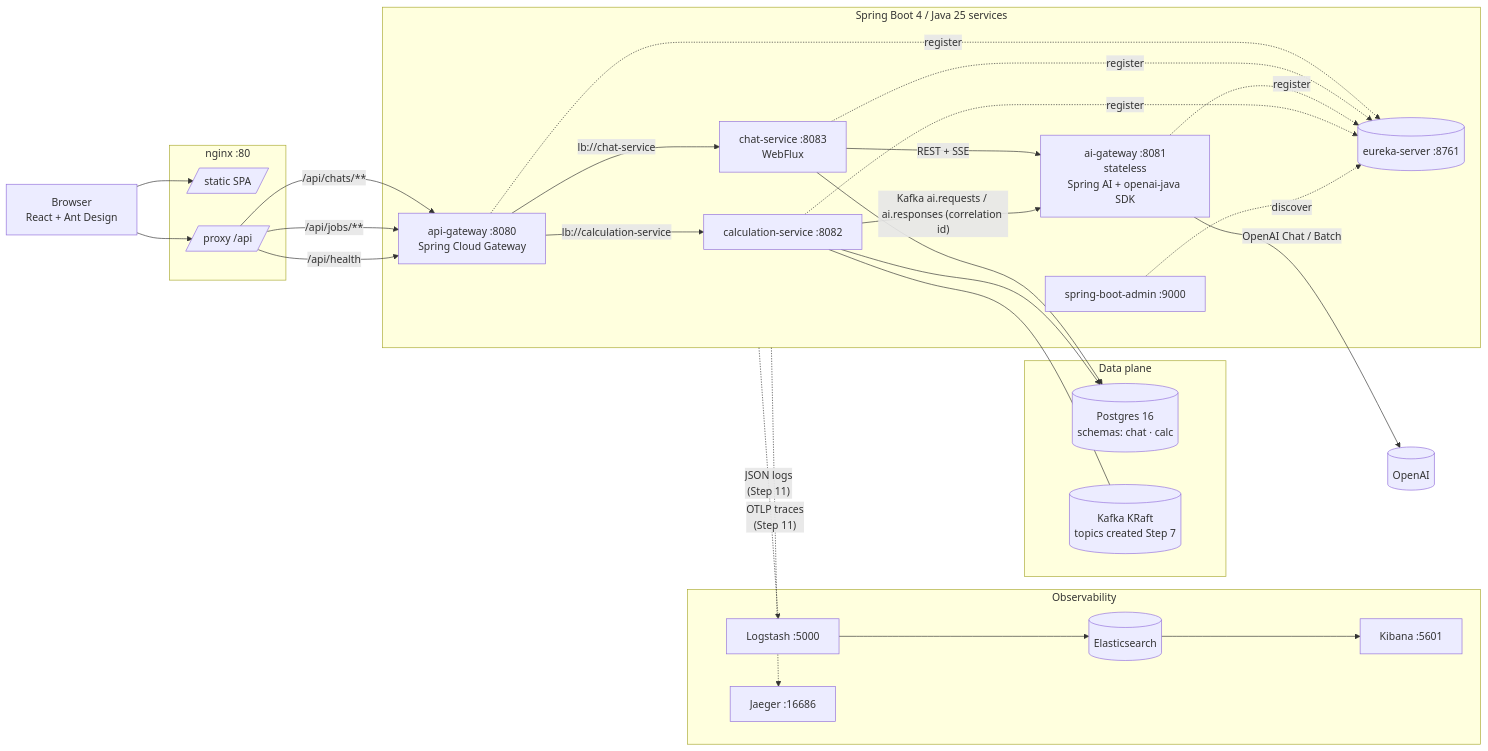
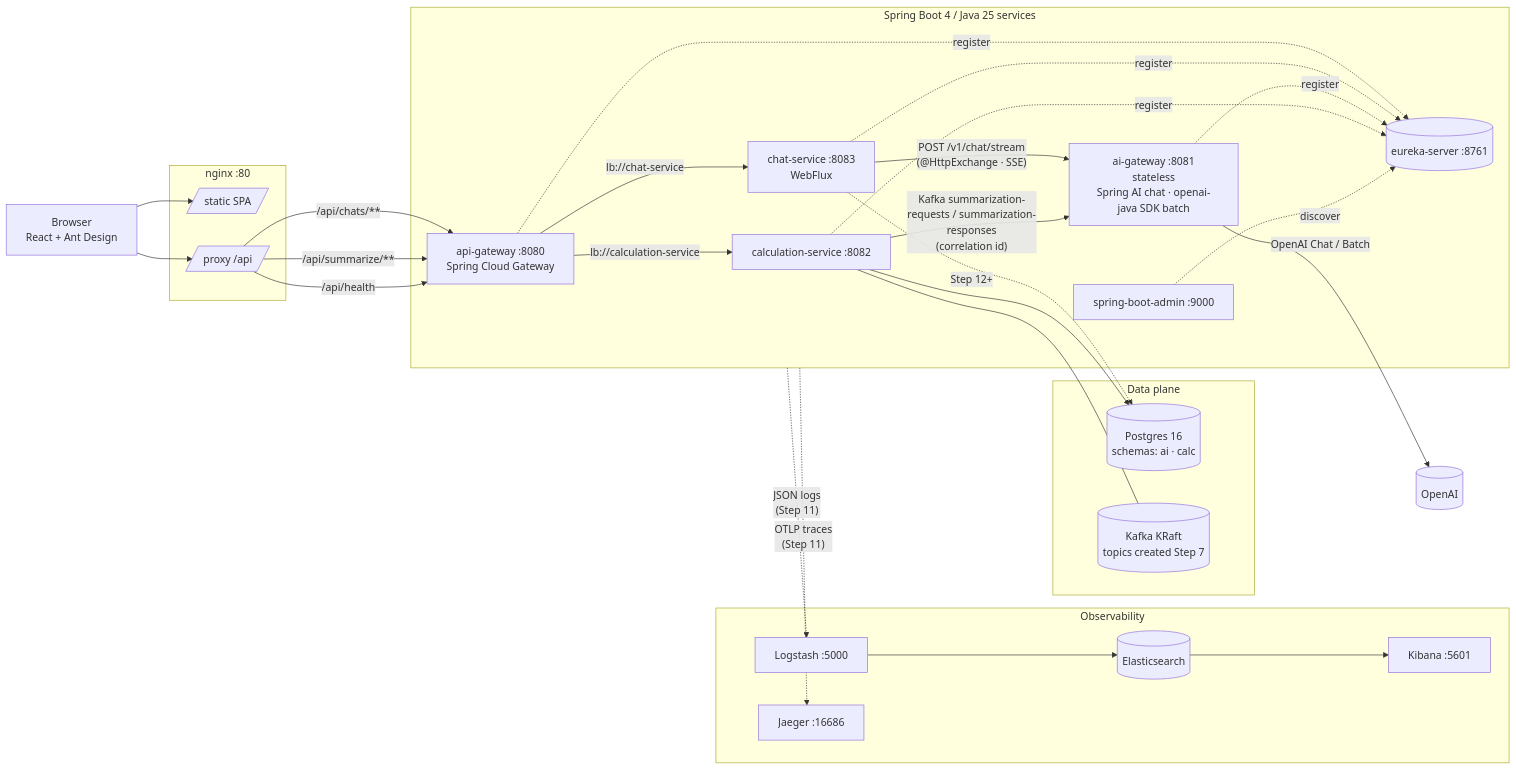
Before and after one commit to TonnTamerlan/java_ai_gateway: the diagram in docs/diagrams/architecture.mmd, drawn with Mermaid. The commit also changed 3 other files, not shown here.

First line of the commit message:
docs(diagrams): align architecture/chat/jobs/discovery with current code

```diff
--- a/docs/diagrams/architecture.mmd
+++ b/docs/diagrams/architecture.mmd
@@ -1,57 +1,57 @@
 flowchart LR
     Browser[Browser<br/>React + Ant Design]
 
     subgraph nginx[nginx :80]
         SPA[/ static SPA /]
         Proxy[/ proxy /api /]
     end
 
     Browser --> SPA
     Browser --> Proxy
 
     subgraph svc[Spring Boot 4 / Java 25 services]
         Gateway[api-gateway :8080<br/>Spring Cloud Gateway]
         Chat[chat-service :8083<br/>WebFlux]
-        AI[ai-gateway :8081<br/>stateless<br/>Spring AI + openai-java SDK]
+        AI[ai-gateway :8081<br/>stateless<br/>Spring AI chat · openai-java SDK batch]
         Calc[calculation-service :8082]
         Eureka[(eureka-server :8761)]
         SBA[spring-boot-admin :9000]
     end
 
     Proxy -- "/api/chats/**" --> Gateway
-    Proxy -- "/api/jobs/**" --> Gateway
+    Proxy -- "/api/summarize/**" --> Gateway
     Proxy -- "/api/health" --> Gateway
 
     Gateway -- "lb://chat-service" --> Chat
     Gateway -- "lb://calculation-service" --> Calc
 
-    Chat -- "REST + SSE" --> AI
-    Calc -- "Kafka ai.requests / ai.responses (correlation id)" --> AI
+    Chat -- "POST /v1/chat/stream<br/>(@HttpExchange · SSE)" --> AI
+    Calc -- "Kafka summarization-requests / summarization-responses<br/>(correlation id)" --> AI
     AI -- "OpenAI Chat / Batch" --> OpenAI[(OpenAI)]
 
     subgraph data[Data plane]
-        PG[(Postgres 16<br/>schemas: chat · calc)]
+        PG[(Postgres 16<br/>schemas: ai · calc)]
         Kafka[(Kafka KRaft<br/>topics created Step 7)]
     end
 
-    Chat --> PG
+    Chat -. "Step 12+" .-> PG
     Calc --> PG
     Calc --- Kafka
 
     subgraph obs[Observability]
         ES[(Elasticsearch)]
         LS[Logstash :5000]
         KB[Kibana :5601]
         JG[Jaeger :16686]
     end
 
     Gateway -. "register" .-> Eureka
     Chat -. "register" .-> Eureka
     AI -. "register" .-> Eureka
     Calc -. "register" .-> Eureka
     SBA -. "discover" .-> Eureka
 
     svc -. "JSON logs<br/>(Step 11)" .-> LS
     LS --> ES
     ES --> KB
     svc -. "OTLP traces<br/>(Step 11)" .-> JG
```
